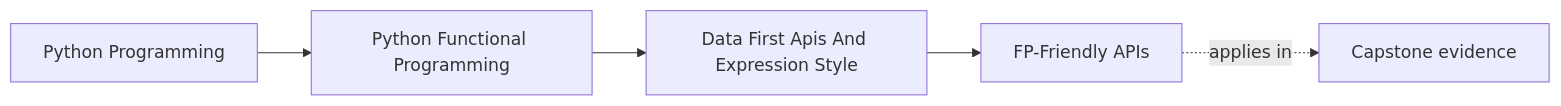
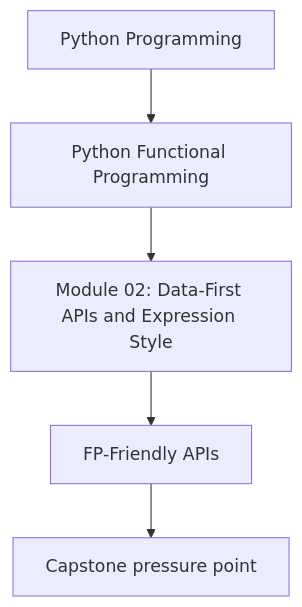
One commit to bijux/bijux-masterclass changed the first of 2 diagrams in programs/python-programming/python-functional-programming/course-book/module-02-data-first-apis-and-expression-style/fp-friendly-apis.md. Above: the diagram before and after it, drawn with Mermaid. The commit also changed other lines of this file and 118 other files, not shown here.

Commit message:
docs(python-functional-programming): align concept page diagrams

````diff
--- a/programs/python-programming/python-functional-programming/course-book/module-02-data-first-apis-and-expression-style/fp-friendly-apis.md
+++ b/programs/python-programming/python-functional-programming/course-book/module-02-data-first-apis-and-expression-style/fp-friendly-apis.md
@@ -7,11 +7,7 @@
 ```mermaid
-graph LR
-  family["Python Programming"]
-  program["Python Functional Programming"]
-  section["Data First Apis And Expression Style"]
-  page["FP-Friendly APIs"]
-  capstone["Capstone evidence"]
-
-  family --> program --> section --> page
-  page -.applies in.-> capstone
+flowchart TD
+  family["Python Programming"] --> program["Python Functional Programming"]
+  program --> module["Module 02: Data-First APIs and Expression Style"]
+  module --> concept["FP-Friendly APIs"]
+  concept --> capstone["Capstone pressure point"]
 ```
````
